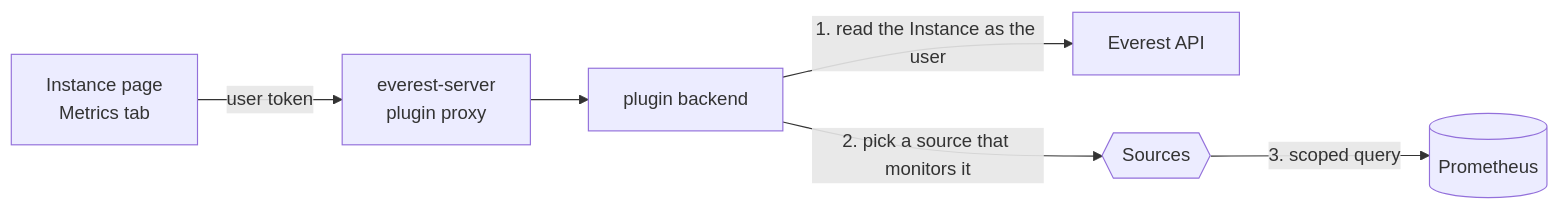
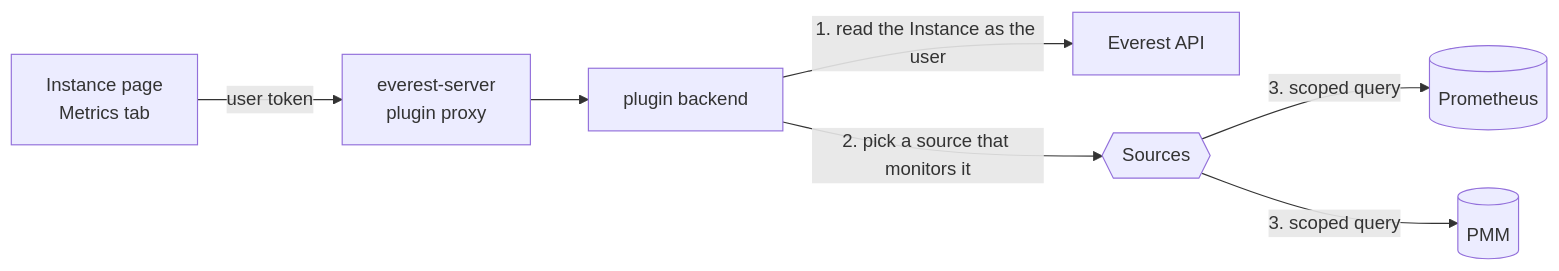
One commit to openeverest/plugin-metrics changed the diagram in README.md. Above: the diagram before and after it, drawn with Mermaid. The commit also changed other lines of this file and 24 other files, not shown here.

First line of the commit message:
feat: chart PMM metrics of Percona instances

````diff
--- a/README.md
+++ b/README.md
@@ -13,8 +13,9 @@
 ```mermaid
 flowchart LR
   UI["Instance page<br/>Metrics tab"] -->|user token| ES[everest-server<br/>plugin proxy]
   ES --> BE[plugin backend]
   BE -->|1. read the Instance as the user| API[Everest API]
   BE -->|2. pick a source that monitors it| SRC{{Sources}}
   SRC -->|3. scoped query| P[(Prometheus)]
+  SRC -->|3. scoped query| PMM[(PMM)]
 ```
````
